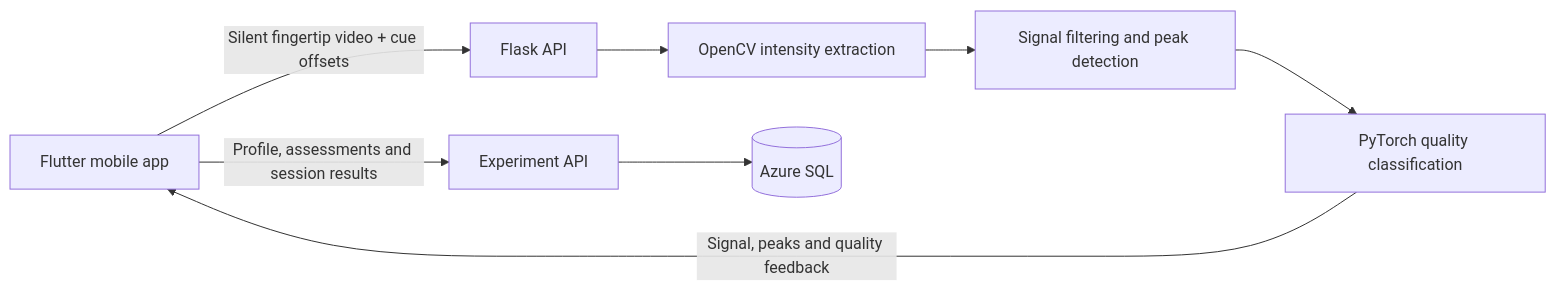
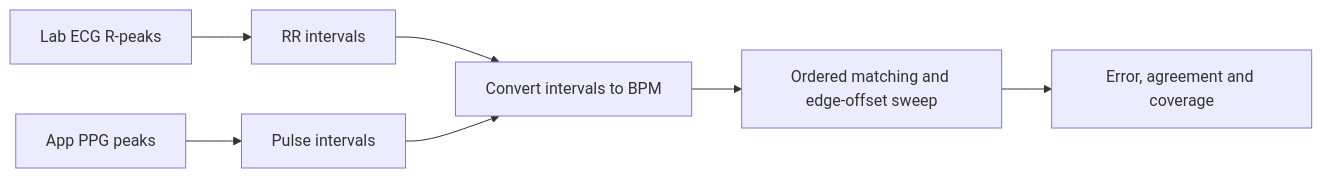
The first of 2 diagrams in README.md (tsoofLahav/heart_monitor_app), drawn with Mermaid before and after one commit. The commit also changed other lines of this file and 10 other files, not shown here.

Commit message:
Present research purpose, ECG comparison and quality model evaluation

````diff
--- a/README.md
+++ b/README.md
@@ -41,10 +28,9 @@
 ```mermaid
 flowchart LR
-    A[Flutter mobile app] -->|Silent fingertip video + cue offsets| B[Flask API]
-    B --> C[OpenCV intensity extraction]
-    C --> D[Signal filtering and peak detection]
-    D --> E[PyTorch quality classification]
-    E -->|Signal, peaks and quality feedback| A
-    A -->|Profile, assessments and session results| F[Experiment API]
-    F --> G[(Azure SQL)]
+    E[Lab ECG R-peaks] --> R[RR intervals]
+    P[App PPG peaks] --> I[Pulse intervals]
+    R --> H[Convert intervals to BPM]
+    I --> H
+    H --> M[Ordered matching and edge-offset sweep]
+    M --> A[Error, agreement and coverage]
 ```
````
